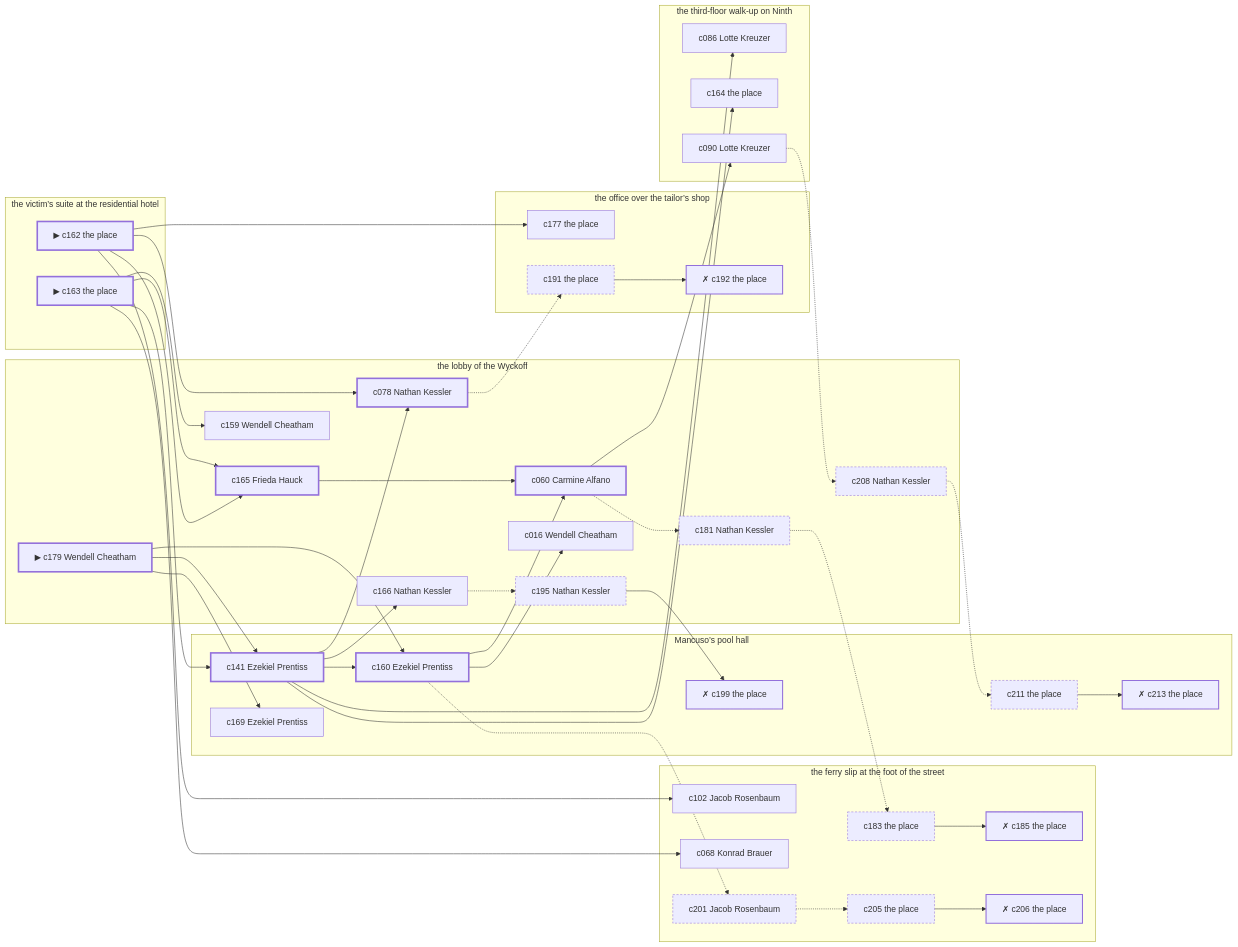
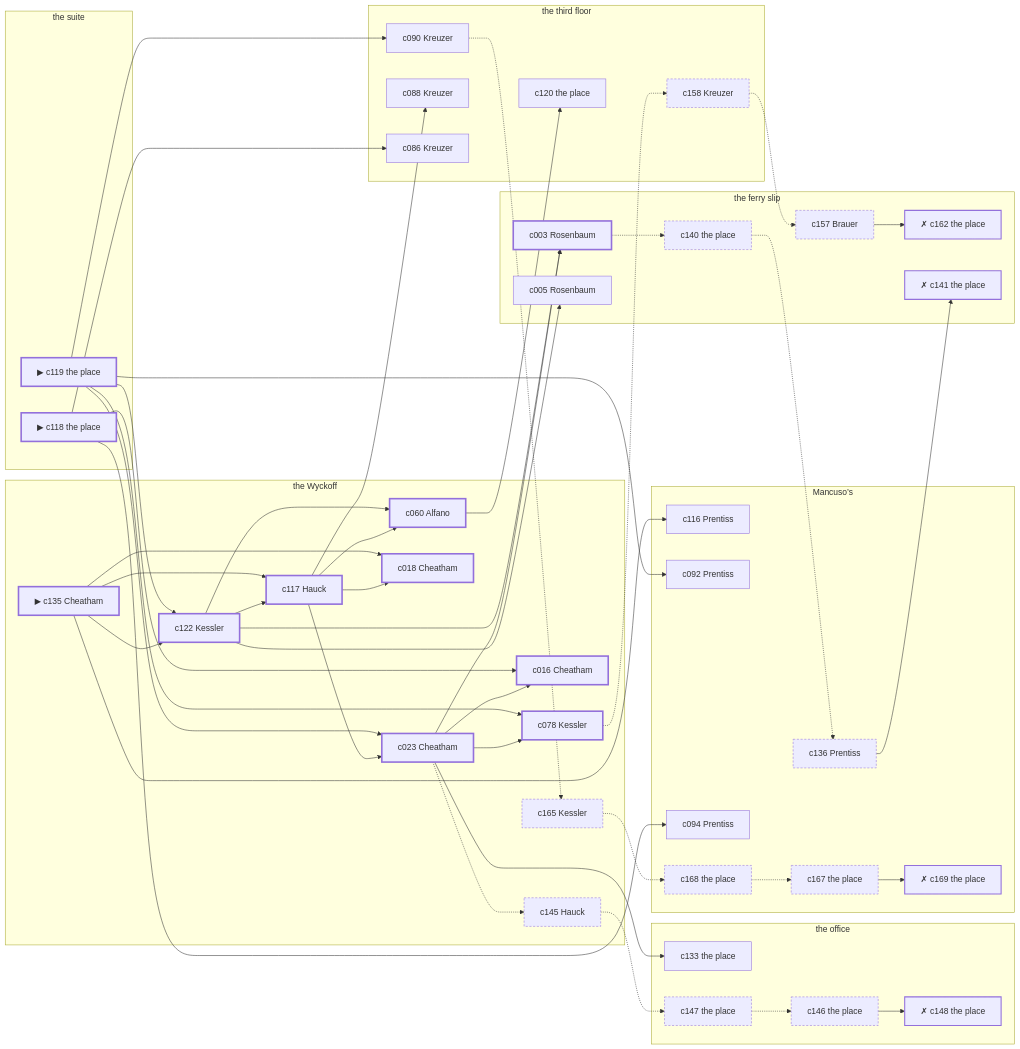
The diagram in docs/samples/case-4.md (lyamshin/dashiell), drawn with Mermaid before and after one commit. The commit also changed other lines of this file and 60 other files, not shown here.

````diff
--- a/docs/samples/case-4.md
+++ b/docs/samples/case-4.md
@@ -308,87 +317,96 @@
 ```mermaid
 graph LR
-  subgraph P1["the office over the tailor’s shop"]
-    c177["c177 the place"]
-    c191["c191 the place"]
-    c192["✗ c192 the place"]
+  subgraph P1["the office"]
+    c133["c133 the place"]
+    c147["c147 the place"]
+    c146["c146 the place"]
+    c148["✗ c148 the place"]
   end
-  subgraph P2["the lobby of the Wyckoff"]
-    c179["▶ c179 Wendell Cheatham"]
-    c165["c165 Frieda Hauck"]
-    c078["c078 Nathan Kessler"]
-    c060["c060 Carmine Alfano"]
-    c159["c159 Wendell Cheatham"]
-    c016["c016 Wendell Cheatham"]
-    c166["c166 Nathan Kessler"]
-    c181["c181 Nathan Kessler"]
-    c195["c195 Nathan Kessler"]
-    c208["c208 Nathan Kessler"]
+  subgraph P2["the Wyckoff"]
+    c135["▶ c135 Cheatham"]
+    c122["c122 Kessler"]
+    c117["c117 Hauck"]
+    c023["c023 Cheatham"]
+    c016["c016 Cheatham"]
+    c018["c018 Cheatham"]
+    c060["c060 Alfano"]
+    c078["c078 Kessler"]
+    c145["c145 Hauck"]
+    c165["c165 Kessler"]
   end
-  subgraph P3["the third-floor walk-up on Ninth"]
-    c086["c086 Lotte Kreuzer"]
-    c164["c164 the place"]
-    c090["c090 Lotte Kreuzer"]
+  subgraph P3["the third floor"]
+    c120["c120 the place"]
+    c090["c090 Kreuzer"]
+    c088["c088 Kreuzer"]
+    c086["c086 Kreuzer"]
+    c158["c158 Kreuzer"]
   end
-  subgraph P4["the ferry slip at the foot of the street"]
-    c102["c102 Jacob Rosenbaum"]
-    c068["c068 Konrad Brauer"]
-    c183["c183 the place"]
-    c185["✗ c185 the place"]
-    c201["c201 Jacob Rosenbaum"]
-    c205["c205 the place"]
-    c206["✗ c206 the place"]
+  subgraph P4["the ferry slip"]
+    c003["c003 Rosenbaum"]
+    c005["c005 Rosenbaum"]
+    c157["c157 Brauer"]
+    c162["✗ c162 the place"]
+    c140["c140 the place"]
+    c141["✗ c141 the place"]
   end
-  subgraph P5["the victim’s suite at the residential hotel"]
-    c162["▶ c162 the place"]
-    c163["▶ c163 the place"]
+  subgraph P5["the suite"]
+    c118["▶ c118 the place"]
+    c119["▶ c119 the place"]
   end
-  subgraph P6["Mancuso’s pool hall"]
-    c141["c141 Ezekiel Prentiss"]
-    c160["c160 Ezekiel Prentiss"]
-    c169["c169 Ezekiel Prentiss"]
-    c199["✗ c199 the place"]
-    c211["c211 the place"]
-    c213["✗ c213 the place"]
+  subgraph P6["Mancuso’s"]
+    c116["c116 Prentiss"]
+    c092["c092 Prentiss"]
+    c094["c094 Prentiss"]
+    c168["c168 the place"]
+    c167["c167 the place"]
+    c169["✗ c169 the place"]
+    c136["c136 Prentiss"]
   end
-  c162 --> c165
-  c162 --> c078
-  c162 --> c102
-  c162 --> c177
-  c163 --> c141
-  c163 --> c165
-  c163 --> c159
-  c163 --> c068
-  c179 --> c141
-  c179 --> c160
-  c179 --> c169
-  c141 --> c160
-  c141 --> c078
-  c141 --> c086
-  c141 --> c164
-  c141 --> c166
-  c160 --> c060
-  c160 --> c016
-  c160 -.-> c201
-  c165 --> c060
-  c078 -.-> c191
-  c060 --> c090
-  c060 -.-> c181
-  c090 -.-> c208
-  c166 -.-> c195
-  c181 -.-> c183
-  c183 --> c185
-  c195 --> c199
-  c201 -.-> c205
-  c205 --> c206
-  c208 -.-> c211
-  c211 --> c213
-  c191 --> c192
+  c118 --> c016
+  c118 --> c094
+  c118 --> c086
+  c119 --> c122
+  c119 --> c023
+  c119 --> c078
+  c119 --> c090
+  c119 --> c092
+  c135 --> c122
+  c135 --> c117
+  c135 --> c018
+  c135 --> c116
+  c122 --> c117
+  c122 --> c060
+  c122 --> c003
+  c122 --> c005
+  c117 --> c023
+  c117 --> c018
+  c117 --> c060
+  c117 --> c088
+  c023 --> c016
+  c023 --> c078
+  c023 --> c003
+  c023 --> c133
+  c023 -.-> c145
+  c060 --> c120
+  c078 -.-> c158
+  c003 -.-> c140
+  c090 -.-> c165
+  c145 -.-> c147
+  c147 -.-> c146
+  c146 --> c148
+  c165 -.-> c168
+  c168 -.-> c167
+  c167 --> c169
+  c158 -.-> c157
+  c157 --> c162
+  c140 -.-> c136
+  c136 --> c141
   classDef spine stroke-width:3px;
   classDef corrob stroke-width:1px;
   classDef noise stroke-dasharray: 4 3;
   classDef disq stroke-width:2px,stroke-dasharray: 1 0;
-  class c162,c163,c179,c141,c160,c165,c078,c060 spine;
-  class c102,c086,c177,c159,c164,c090,c016,c166,c169,c068 corrob;
-  class c181,c183,c195,c201,c205,c208,c211,c191 noise;
-  class c185,c199,c206,c213,c192 disq;
+  class c118,c119,c135,c122,c117,c023,c016,c018,c060,c078,c003 spine;
+  class c133,c120,c116,c090,c088,c092,c094,c005,c086 corrob;
+  class c145,c147,c146,c165,c168,c167,c158,c157,c140,c136 noise;
+  class c148,c169,c162,c141 disq;
 ```
````
